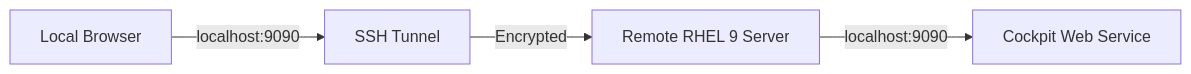
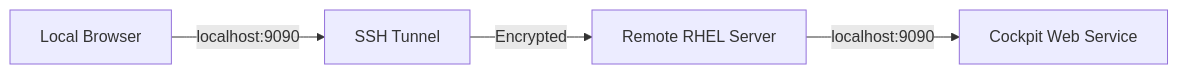
One commit to OneUptime/blog changed the diagram in posts/2026-03-04-access-rhel-9-web-console-remotely-ssh/README.md. Above: the diagram before and after it, drawn with Mermaid. The commit also changed other lines of this file and 4866 other files, not shown here.

````diff
--- a/posts/2026-03-04-access-rhel-9-web-console-remotely-ssh/README.md
+++ b/posts/2026-03-04-access-rhel-9-web-console-remotely-ssh/README.md
@@ -19,6 +19,6 @@
 ```mermaid
 graph LR
     A[Local Browser] -->|localhost:9090| B[SSH Tunnel]
-    B -->|Encrypted| C[Remote RHEL 9 Server]
+    B -->|Encrypted| C[Remote RHEL Server]
     C -->|localhost:9090| D[Cockpit Web Service]
 ```
````
